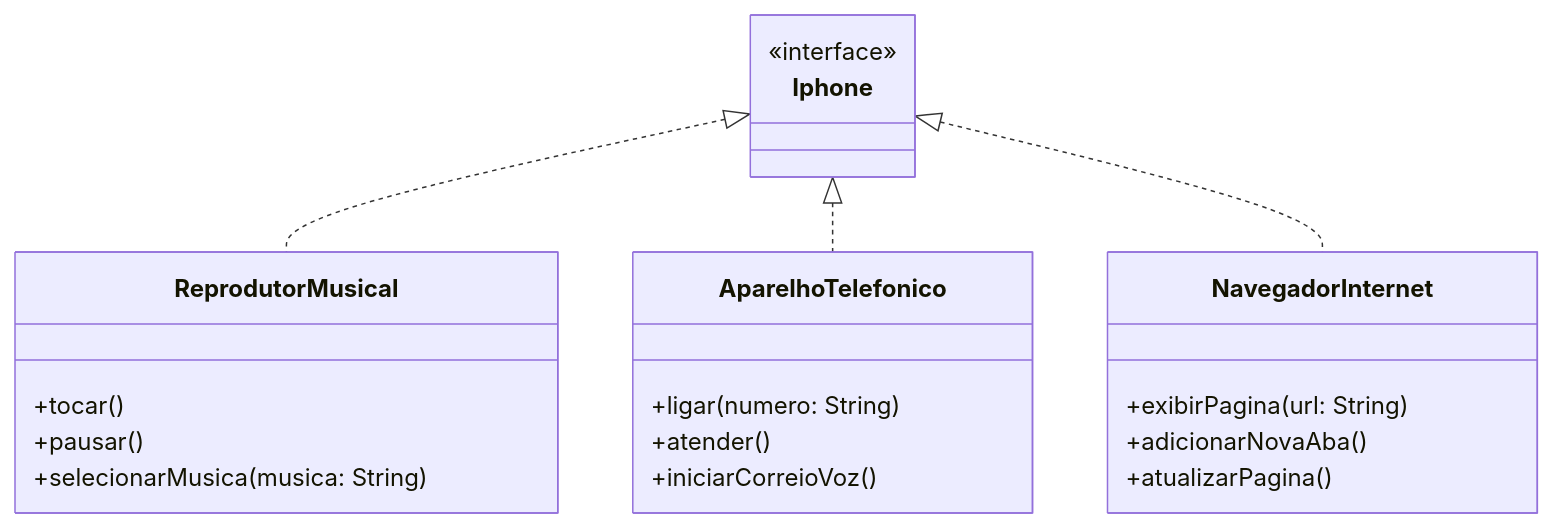
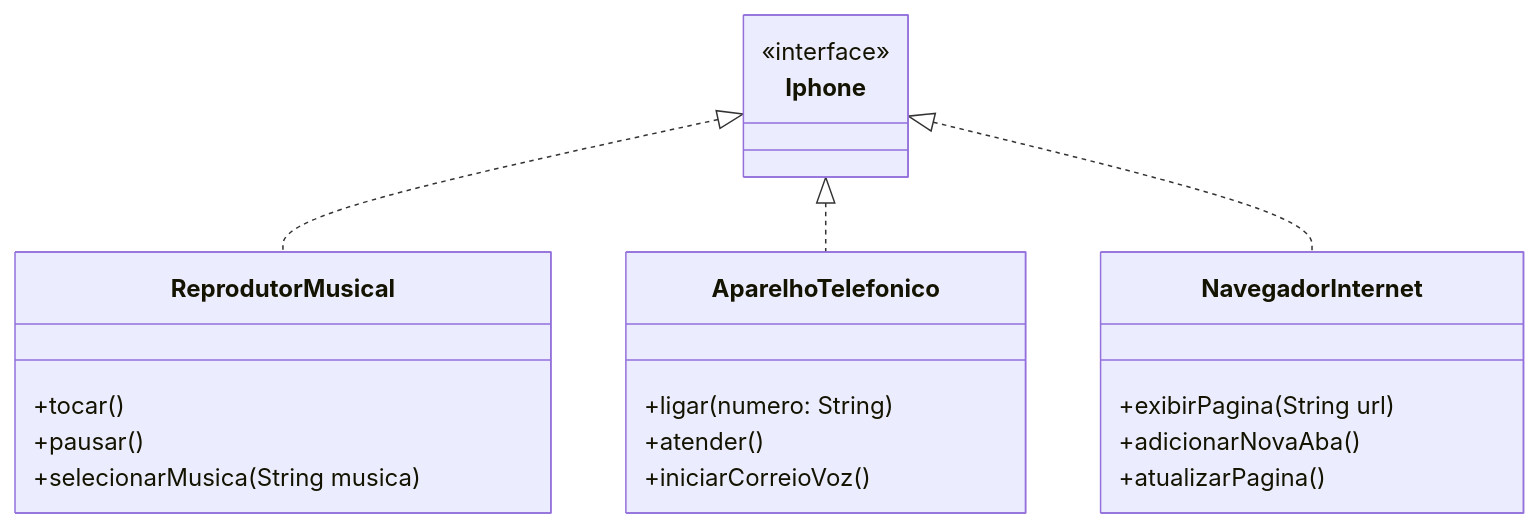
One commit to fillipe-bs/dio-trilha-java-basico changed the diagram in projects/desafio-diagrama-uml-iphone-interface/README.md. Above: the diagram before and after it, drawn with Mermaid. The commit also changed 6 other files, not shown here.

````diff
--- a/projects/desafio-diagrama-uml-iphone-interface/README.md
+++ b/projects/desafio-diagrama-uml-iphone-interface/README.md
@@ -13,29 +13,29 @@
 ```mermaid
 classDiagram
     class Iphone {
         <<interface>>
     }
 
     class ReprodutorMusical {
         +tocar()
         +pausar()
-        +selecionarMusica(musica: String)
+        +selecionarMusica(String musica)
     }
 
     class AparelhoTelefonico {
         +ligar(numero: String)
         +atender()
         +iniciarCorreioVoz()
     }
 
     class NavegadorInternet {
-        +exibirPagina(url: String)
+        +exibirPagina(String url)
         +adicionarNovaAba()
         +atualizarPagina()
     }
 
     Iphone <|.. ReprodutorMusical
     Iphone <|.. AparelhoTelefonico
     Iphone <|.. NavegadorInternet
     
 ```
````
